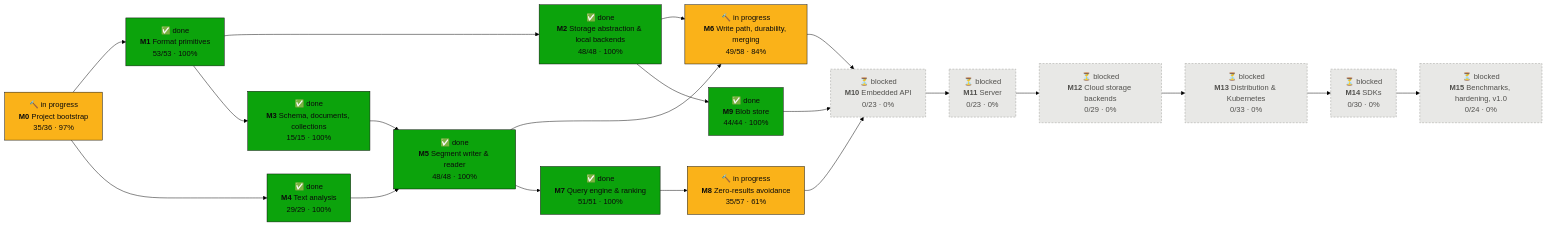
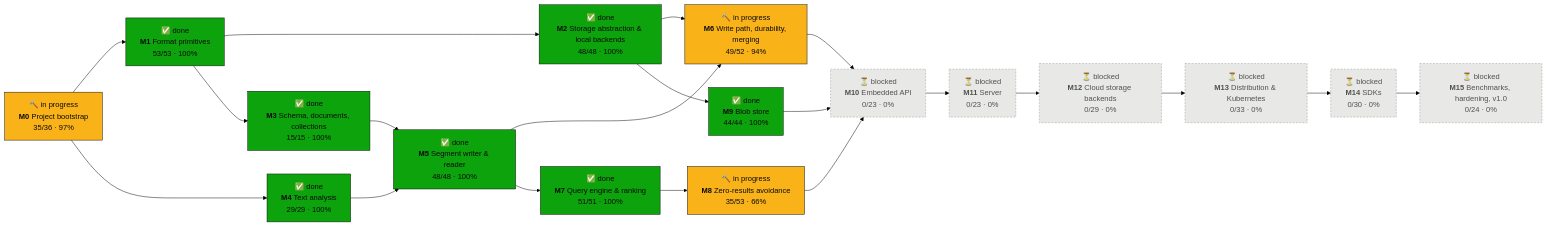
One commit to tomiok/persiaDB changed the first of 2 diagrams in PROGRESS.md. Above: the diagram before and after it, drawn with Mermaid (forest theme). The commit also changed other lines of this file and 5 other files, not shown here.

````diff
--- a/PROGRESS.md
+++ b/PROGRESS.md
@@ -16,42 +16,42 @@
 ```mermaid
 flowchart LR
   M0["🔨 in progress<br/><b>M0</b> Project bootstrap<br/>35/36 · 97%"]:::doing
   M1["✅ done<br/><b>M1</b> Format primitives<br/>53/53 · 100%"]:::done
   M2["✅ done<br/><b>M2</b> Storage abstraction & local backends<br/>48/48 · 100%"]:::done
   M3["✅ done<br/><b>M3</b> Schema, documents, collections<br/>15/15 · 100%"]:::done
   M4["✅ done<br/><b>M4</b> Text analysis<br/>29/29 · 100%"]:::done
   M5["✅ done<br/><b>M5</b> Segment writer & reader<br/>48/48 · 100%"]:::done
-  M6["🔨 in progress<br/><b>M6</b> Write path, durability, merging<br/>49/58 · 84%"]:::doing
+  M6["🔨 in progress<br/><b>M6</b> Write path, durability, merging<br/>49/52 · 94%"]:::doing
   M7["✅ done<br/><b>M7</b> Query engine & ranking<br/>51/51 · 100%"]:::done
-  M8["🔨 in progress<br/><b>M8</b> Zero-results avoidance<br/>35/57 · 61%"]:::doing
+  M8["🔨 in progress<br/><b>M8</b> Zero-results avoidance<br/>35/53 · 66%"]:::doing
   M9["✅ done<br/><b>M9</b> Blob store<br/>44/44 · 100%"]:::done
   M10["⏳ blocked<br/><b>M10</b> Embedded API<br/>0/23 · 0%"]:::blocked
   M11["⏳ blocked<br/><b>M11</b> Server<br/>0/23 · 0%"]:::blocked
   M12["⏳ blocked<br/><b>M12</b> Cloud storage backends<br/>0/29 · 0%"]:::blocked
   M13["⏳ blocked<br/><b>M13</b> Distribution & Kubernetes<br/>0/33 · 0%"]:::blocked
   M14["⏳ blocked<br/><b>M14</b> SDKs<br/>0/30 · 0%"]:::blocked
   M15["⏳ blocked<br/><b>M15</b> Benchmarks, hardening, v1.0<br/>0/24 · 0%"]:::blocked
   M0 --> M1
   M1 --> M2
   M1 --> M3
   M0 --> M4
   M3 --> M5
   M4 --> M5
   M2 --> M6
   M5 --> M6
   M5 --> M7
   M7 --> M8
   M2 --> M9
   M6 --> M10
   M8 --> M10
   M9 --> M10
   M10 --> M11
   M11 --> M12
   M12 --> M13
   M13 --> M14
   M14 --> M15
   classDef done fill:#0ca30c,stroke:#0b0b0b,color:#0b0b0b
   classDef doing fill:#fab219,stroke:#0b0b0b,color:#0b0b0b
   classDef ready fill:#fcfcfb,stroke:#0b0b0b,stroke-width:2px,color:#0b0b0b
   classDef blocked fill:#e8e8e6,stroke:#9a9a96,stroke-dasharray:4 3,color:#52514e
 ```
````
